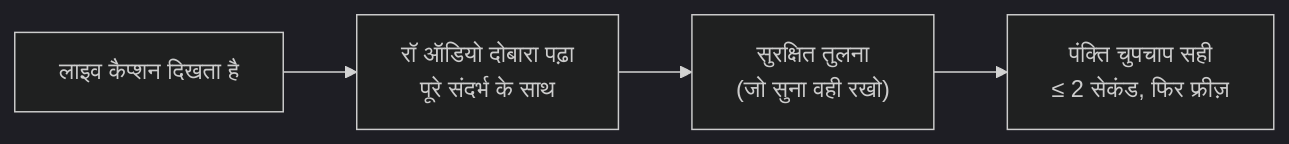
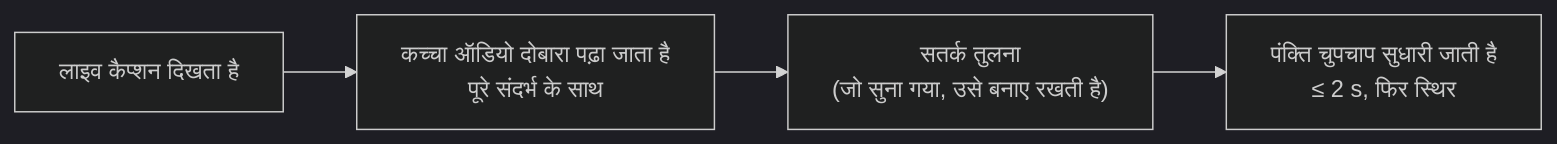
The third of 4 diagrams in README_hi.md (rpalm01-star/VigilantEarLegal), drawn with Mermaid (dark theme) before and after one commit. The commit also changed other lines of this file and 29 other files, not shown here.

````diff
--- a/README_hi.md
+++ b/README_hi.md
@@ -149,4 +157,4 @@
 ```mermaid
 graph LR
-    L["लाइव कैप्शन दिखता है"] --> K["रॉ ऑडियो दोबारा पढ़ा<br/>पूरे संदर्भ के साथ"] --> V["सुरक्षित तुलना<br/>(जो सुना वही रखो)"] --> W["पंक्ति चुपचाप सही<br/>≤ 2 सेकंड, फिर फ्रीज़"]
+    L["लाइव कैप्शन दिखता है"] --> K["कच्चा ऑडियो दोबारा पढ़ा जाता है<br/>पूरे संदर्भ के साथ"] --> V["सतर्क तुलना<br/>(जो सुना गया, उसे बनाए रखती है)"] --> W["पंक्ति चुपचाप सुधारी जाती है<br/>≤ 2 s, फिर स्थिर"]
 ```
````
